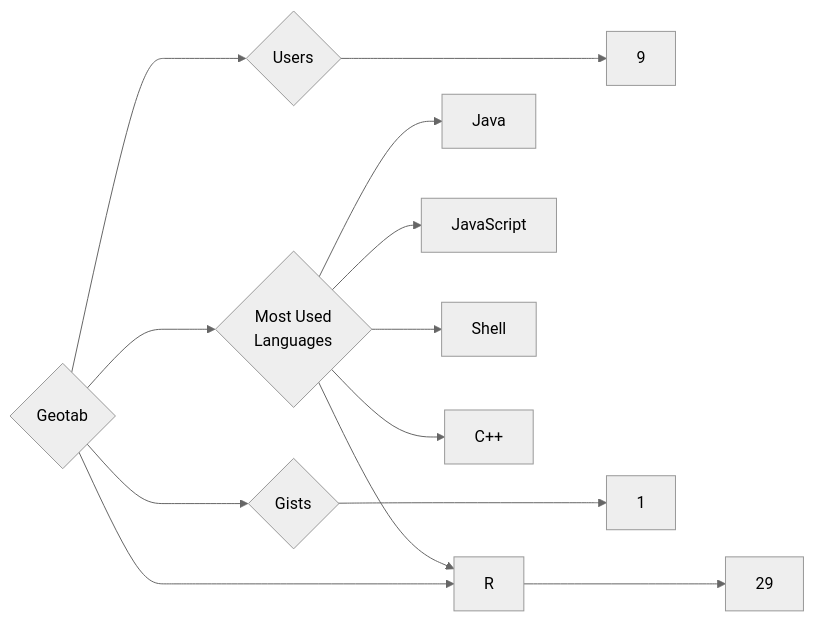
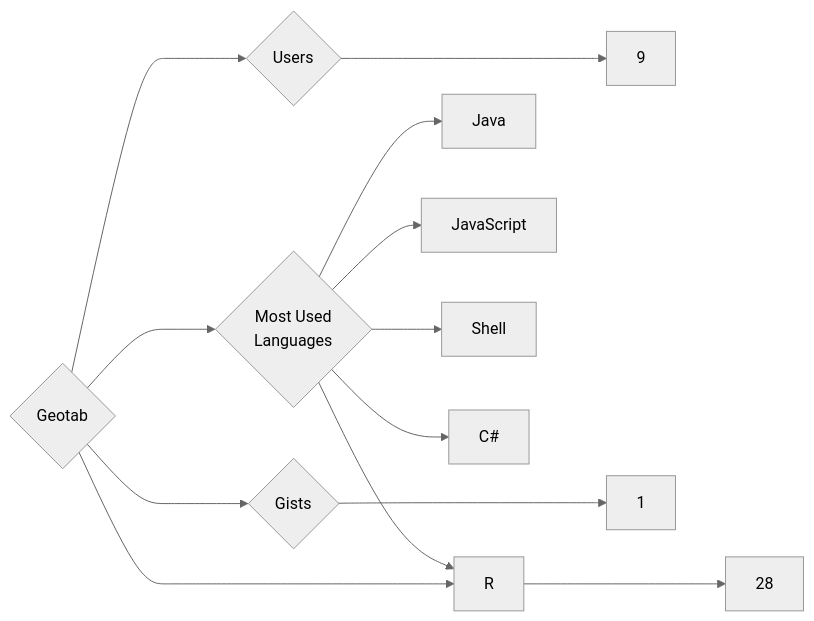
The diagram in targets/Geotab/README.md (trickest/insiders), drawn with Mermaid (neutral theme) before and after one commit. The commit also changed 1078 other files, not shown here.

````diff
--- a/targets/Geotab/README.md
+++ b/targets/Geotab/README.md
@@ -3,13 +3,13 @@
 ```mermaid
 graph LR
 COMPANY_NAME{Geotab}
 COMPANY_NAME ---> U{Users} ---> UN[9]
-COMPANY_NAME ---> R{Repositories} ---> RN[29]
+COMPANY_NAME ---> R{Repositories} ---> RN[28]
 COMPANY_NAME ---> G{Gists} ---> GN[1]
 COMPANY_NAME ---> ML{Most Used<br>Languages}
 ML --> Java[Java]
 ML --> JavaScript[JavaScript]
 ML --> Shell[Shell]
 ML --> R[R]
-ML --> C++[C++]
+ML --> C#[C#]
 ```
````
